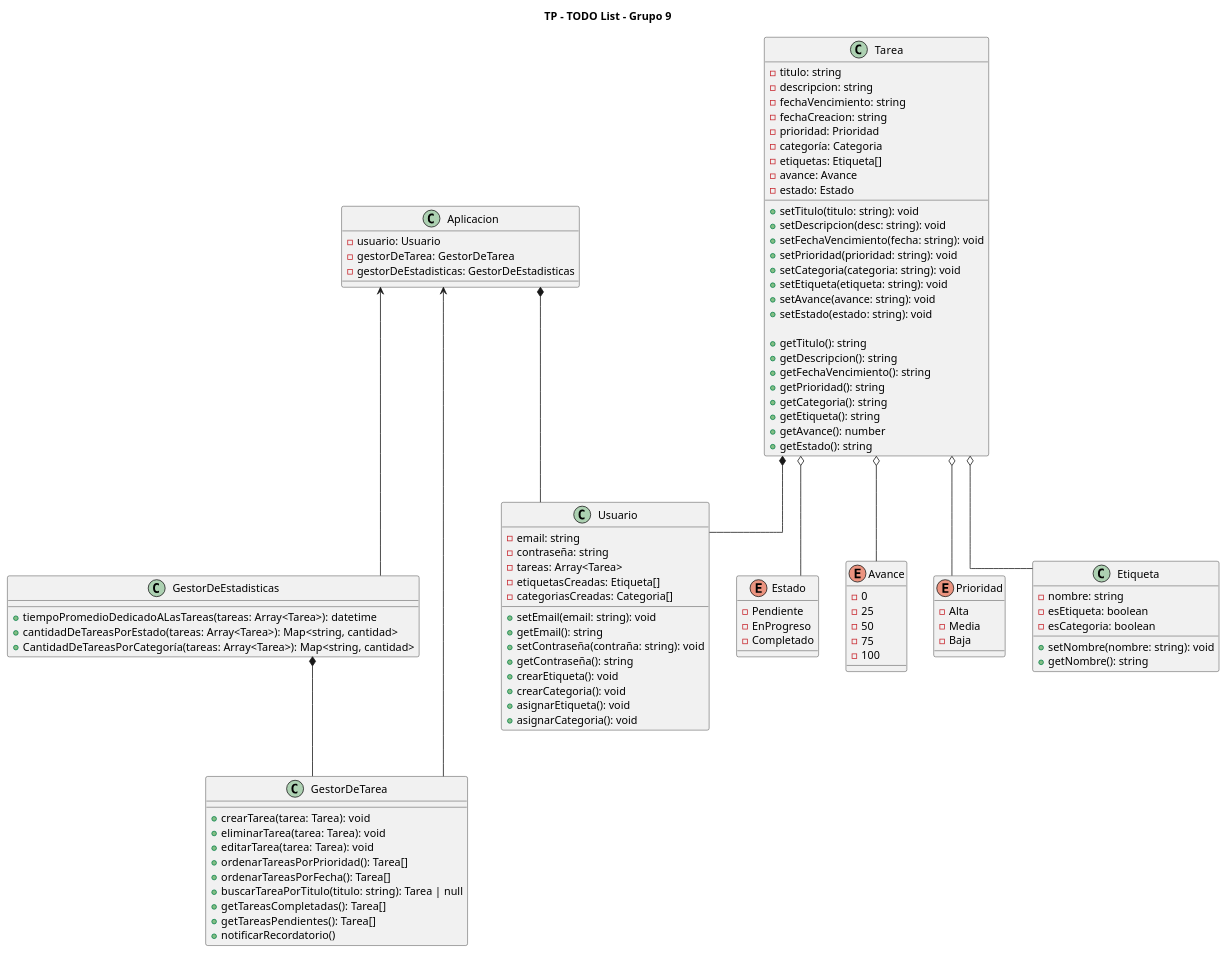
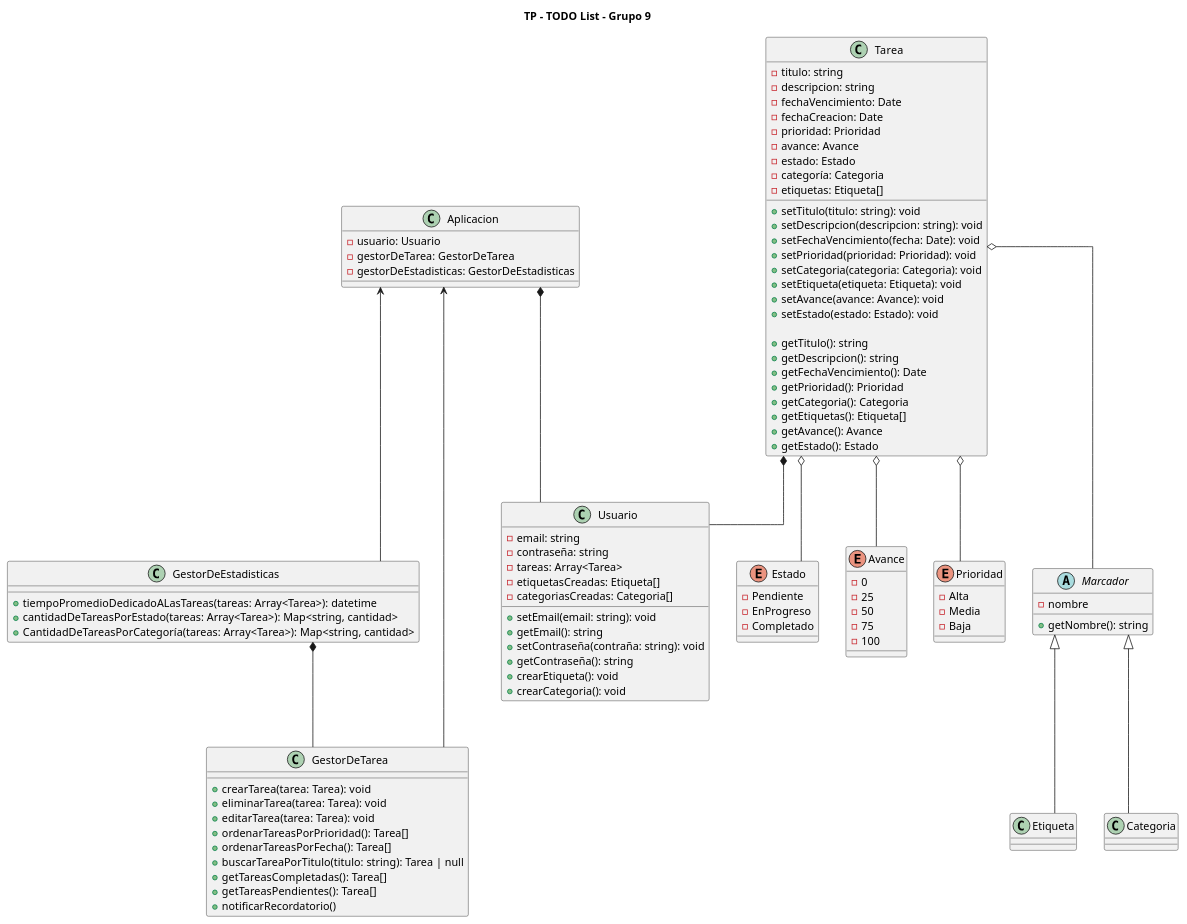
One commit to FrancisLuna/ToDo-POO-Grupo-9 changed the diagram in Diagrama/pao_diagrama.puml. Above: the diagram before and after it, drawn with PlantUML.

Commit message:
Feat: Subo cambios al diagrama

```diff
--- a/Diagrama/pao_diagrama.puml
+++ b/Diagrama/pao_diagrama.puml
@@ -1,116 +1,113 @@
 @startuml ToDoList
 
 title TP - TODO List - Grupo 9
 skinparam lineType ortho
 
 class Aplicacion{
     - usuario: Usuario
     - gestorDeTarea: GestorDeTarea
     - gestorDeEstadisticas: GestorDeEstadisticas
 }
 
 class GestorDeEstadisticas{
     + tiempoPromedioDedicadoALasTareas(tareas: Array<Tarea>): datetime
     + cantidadDeTareasPorEstado(tareas: Array<Tarea>): Map<string, cantidad>
     + CantidadDeTareasPorCategoría(tareas: Array<Tarea>): Map<string, cantidad>
 }
 
 class Usuario{
     - email: string
     - contraseña: string
     - tareas: Array<Tarea>
     - etiquetasCreadas: Etiqueta[]
     - categoriasCreadas: Categoria[]
 
     + setEmail(email: string): void
     + getEmail(): string
     + setContraseña(contraña: string): void
     + getContraseña(): string
     + crearEtiqueta(): void
     + crearCategoria(): void
-    + asignarEtiqueta(): void
-    + asignarCategoria(): void
 }
 
 class Tarea{
     - titulo: string
     - descripcion: string
-    - fechaVencimiento: string
-    - fechaCreacion: string
+    - fechaVencimiento: Date
+    - fechaCreacion: Date
     - prioridad: Prioridad
+    - avance: Avance
+    - estado: Estado
     - categoría: Categoria
     - etiquetas: Etiqueta[]
-    - avance: Avance
-    - estado: Estado
-
+    
     + setTitulo(titulo: string): void
-    + setDescripcion(desc: string): void
-    + setFechaVencimiento(fecha: string): void
-    + setPrioridad(prioridad: string): void
-    + setCategoria(categoria: string): void
-    + setEtiqueta(etiqueta: string): void
-    + setAvance(avance: string): void
-    + setEstado(estado: string): void
+    + setDescripcion(descripcion: string): void
+    + setFechaVencimiento(fecha: Date): void
+    + setPrioridad(prioridad: Prioridad): void
+    + setCategoria(categoria: Categoria): void
+    + setEtiqueta(etiqueta: Etiqueta): void
+    + setAvance(avance: Avance): void
+    + setEstado(estado: Estado): void
 
     + getTitulo(): string
     + getDescripcion(): string
-    + getFechaVencimiento(): string
-    + getPrioridad(): string
-    + getCategoria(): string
-    + getEtiqueta(): string
-    + getAvance(): number
-    + getEstado(): string
+    + getFechaVencimiento(): Date
+    + getPrioridad(): Prioridad
+    + getCategoria(): Categoria
+    + getEtiquetas(): Etiqueta[]
+    + getAvance(): Avance
+    + getEstado(): Estado
 }
 
 ENUM Estado{
     - Pendiente
     - EnProgreso
     - Completado
 }
 
 ENUM Avance{
     - 0
     - 25
     - 50
     - 75
     - 100
 }
 
 ENUM Prioridad{
     - Alta
     - Media
     - Baja
 }
 
-class Etiqueta{
-    - nombre: string
-    - esEtiqueta: boolean
-    - esCategoria: boolean
-
-    + setNombre(nombre: string): void
+abstract class Marcador{
+    - nombre
     + getNombre(): string
 }
+
+class Etiqueta extends Marcador{}
+class Categoria extends Marcador{}
 
 class GestorDeTarea{
     + crearTarea(tarea: Tarea): void
     + eliminarTarea(tarea: Tarea): void
     + editarTarea(tarea: Tarea): void
     + ordenarTareasPorPrioridad(): Tarea[]
     + ordenarTareasPorFecha(): Tarea[]
     + buscarTareaPorTitulo(titulo: string): Tarea | null
     + getTareasCompletadas(): Tarea[]
     + getTareasPendientes(): Tarea[]
     + notificarRecordatorio()
 }
 
 Aplicacion *-- Usuario
 Aplicacion <-- GestorDeTarea
 Aplicacion <-- GestorDeEstadisticas
 GestorDeEstadisticas *-- GestorDeTarea
 Tarea *-- Usuario
-Tarea o-- Etiqueta
+Tarea o-- Marcador
 Tarea o-- Prioridad
 Tarea o-- Estado
 Tarea o-- Avance
 
 @enduml
```
